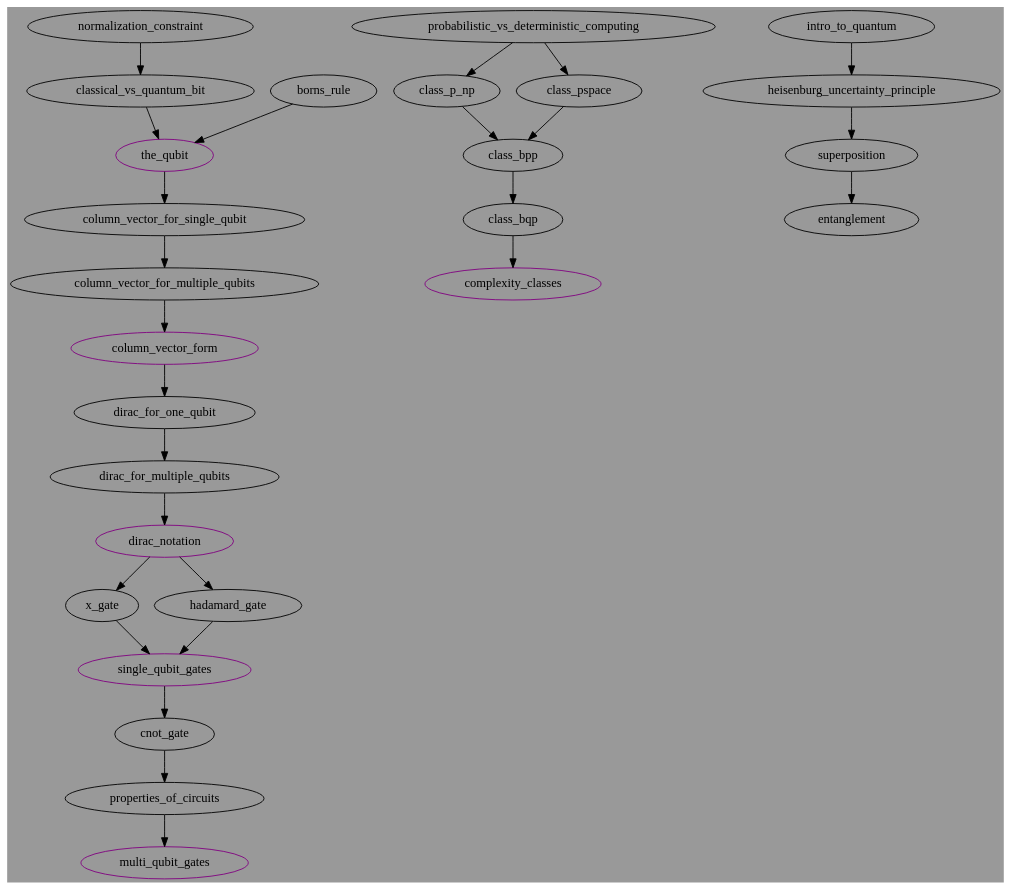
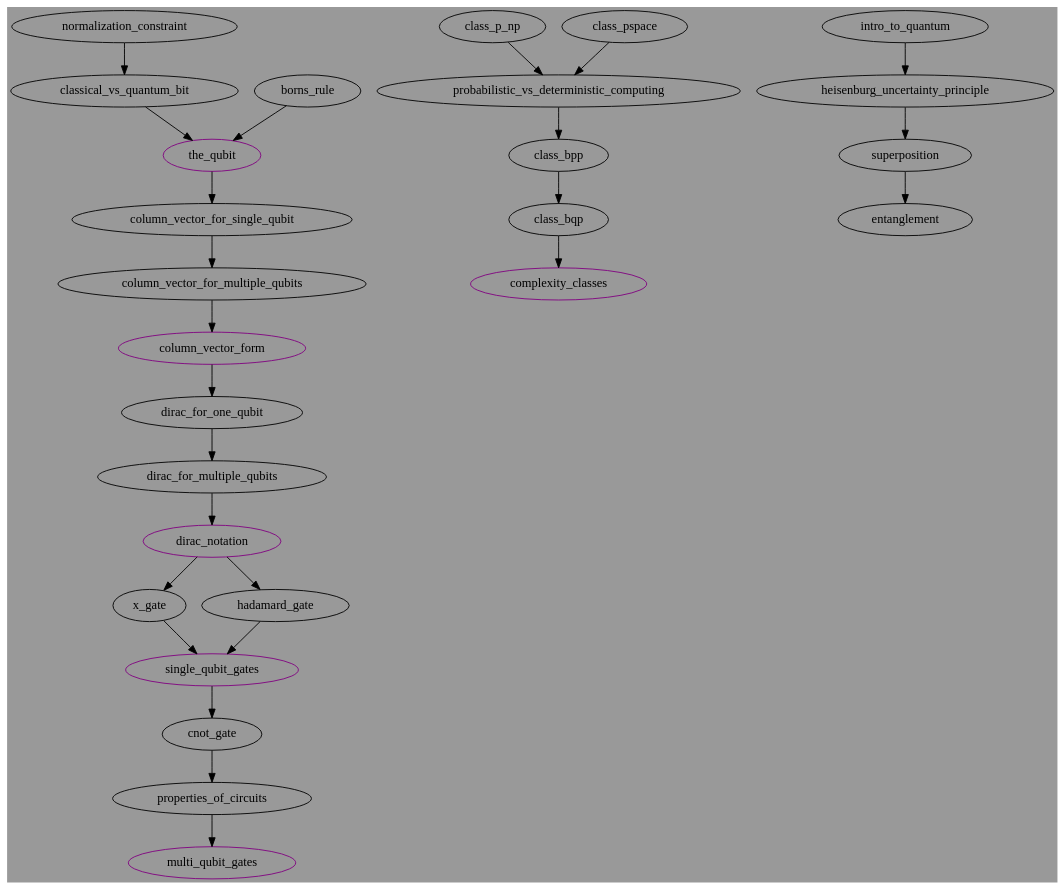
The diagram in AI_DOT_Files/graph.gv (NoleStites/STEM-REx), drawn with Graphviz before and after one commit. The commit also changed 1 other file, not shown here.

Commit message:
Rearranged graph

```diff
--- a/AI_DOT_Files/graph.gv
+++ b/AI_DOT_Files/graph.gv
@@ -1,46 +1,46 @@
 /*
 To compile into a png:
 dot -Tpng graph.gv -o graph.png
 */
 
 
 digraph 
 {
 	bgcolor="#999999"
 	
 	// Graph 1: main quantum content
 	"dirac_for_multiple_qubits" -> "dirac_notation";
 	"dirac_for_one_qubit" -> "dirac_for_multiple_qubits";
 	"column_vector_for_multiple_qubits" -> "column_vector_form";
 	"column_vector_form" -> "dirac_for_one_qubit";
 	"column_vector_for_single_qubit" -> "column_vector_for_multiple_qubits";
 	{"classical_vs_quantum_bit" "borns_rule"} -> "the_qubit";
 	"the_qubit" -> "column_vector_for_single_qubit";
 	"normalization_constraint" -> "classical_vs_quantum_bit";
 	"dirac_notation" -> {"x_gate" "hadamard_gate"};
 	{"x_gate" "hadamard_gate"} -> "single_qubit_gates";
 	"properties_of_circuits" -> "multi_qubit_gates";
 	"single_qubit_gates" -> "cnot_gate";
 	"cnot_gate" -> "properties_of_circuits";
 
 	// Graph 1 summaries
 	"the_qubit"[color="purple"];
 	"column_vector_form"[color="purple"];
 	"dirac_notation"[color="purple"];
 	"single_qubit_gates"[color="purple"];
 	"multi_qubit_gates"[color="purple"];
 
 	// Graph 2: complexity classes
 	"class_bqp" -> "complexity_classes";
 	"class_bpp" -> "class_bqp";
-	{"class_p_np" "class_pspace"} -> "class_bpp";
-	"probabilistic_vs_deterministic_computing" -> {"class_p_np" "class_pspace"};
+	"probabilistic_vs_deterministic_computing" -> "class_bpp";
+	{"class_p_np" "class_pspace"} -> "probabilistic_vs_deterministic_computing";
 
 	// Graph 2 summaries
 	"complexity_classes"[color="purple"];
 
 	// Graph 3: quantum weirdness
 	"intro_to_quantum" -> "heisenburg_uncertainty_principle";
 	"heisenburg_uncertainty_principle" -> "superposition";
 	"superposition" -> "entanglement";
 }
```
